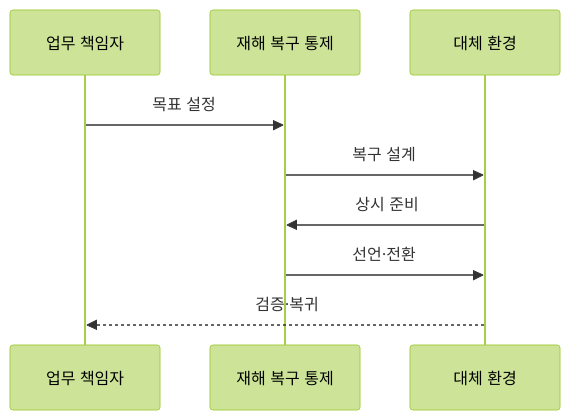
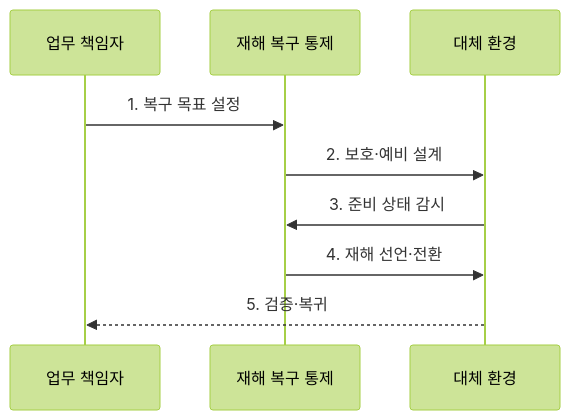
One commit to agnusdei1207/knowledge-base changed the second of 2 diagrams in src/content/docs/notes/03-software/197_disaster_recovery_rto_rpo.md. Above: the diagram before and after it, drawn with Mermaid (forest theme). The commit also changed other lines of this file and 20 other files, not shown here.

````diff
--- a/src/content/docs/notes/03-software/197_disaster_recovery_rto_rpo.md
+++ b/src/content/docs/notes/03-software/197_disaster_recovery_rto_rpo.md
@@ -88,11 +85,11 @@
 ```mermaid
 sequenceDiagram
     participant O as 업무 책임자
     participant D as 재해 복구 통제
     participant R as 대체 환경
-    O->>D: 목표 설정
-    D->>R: 복구 설계
-    R->>D: 상시 준비
-    D->>R: 선언·전환
-    R-->>O: 검증·복귀
+    O->>D: 1. 복구 목표 설정
+    D->>R: 2. 보호·예비 설계
+    R->>D: 3. 준비 상태 감시
+    D->>R: 4. 재해 선언·전환
+    R-->>O: 5. 검증·복귀
 ```
````
